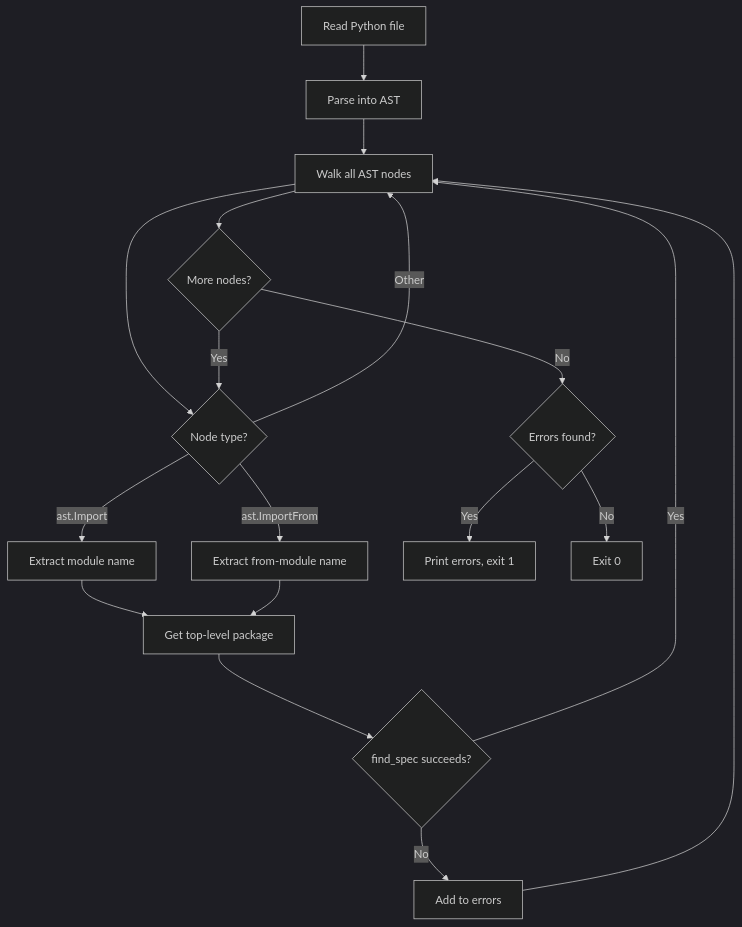
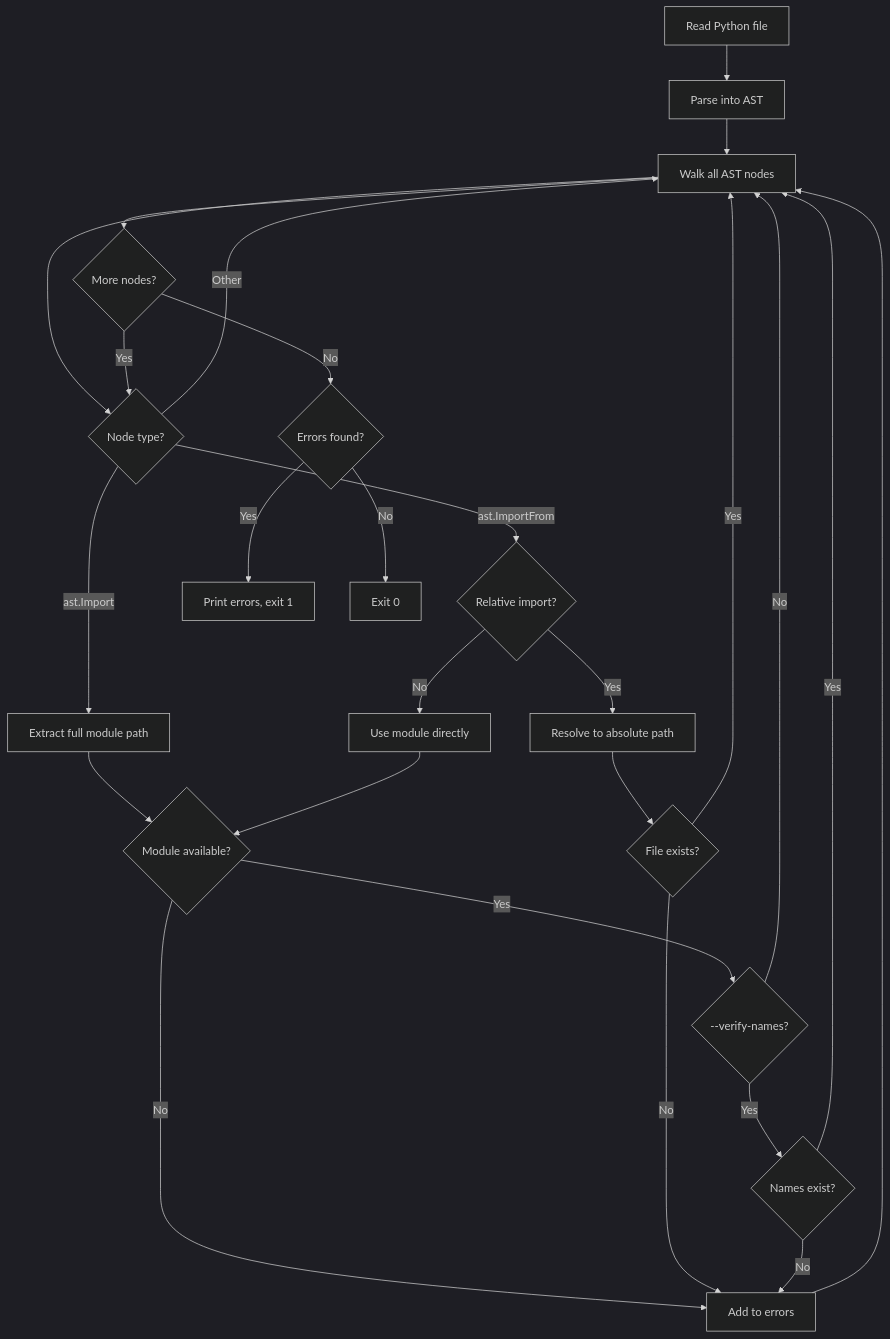
Before and after one commit to Autohive-AI/autohive-integrations-tooling: the diagram in scripts/docs/check_imports.md, drawn with Mermaid (dark theme). The commit also changed other lines of this file and 1 other file, not shown here.

Commit message:
docs: update README and check_imports.md for new features
- Add links to scripts/docs/ in README
- Update flowchart to reflect full module path checking
- Update flowchart to include relative import resolution
- Update flowchart to include --verify-names flow
- Update step-by-step instructions

````diff
--- a/scripts/docs/check_imports.md
+++ b/scripts/docs/check_imports.md
@@ -43,20 +43,28 @@
 ```mermaid
 flowchart TD
     A[Read Python file] --> B[Parse into AST]
     B --> C[Walk all AST nodes]
     C --> D{Node type?}
-    D -->|ast.Import| E[Extract module name]
-    D -->|ast.ImportFrom| F[Extract from-module name]
+    D -->|ast.Import| E[Extract full module path]
+    D -->|ast.ImportFrom| F{Relative import?}
     D -->|Other| C
-    E --> G[Get top-level package]
-    F --> G
-    G --> H{find_spec succeeds?}
-    H -->|Yes| C
-    H -->|No| I[Add to errors]
-    I --> C
-    C --> J{More nodes?}
-    J -->|Yes| D
-    J -->|No| K{Errors found?}
-    K -->|Yes| L[Print errors, exit 1]
-    K -->|No| M[Exit 0]
+    F -->|Yes| G[Resolve to absolute path]
+    F -->|No| H[Use module directly]
+    E --> I{Module available?}
+    G --> J{File exists?}
+    H --> I
+    I -->|No| K[Add to errors]
+    J -->|No| K
+    I -->|Yes| L{--verify-names?}
+    J -->|Yes| C
+    L -->|Yes| M{Names exist?}
+    L -->|No| C
+    M -->|No| K
+    M -->|Yes| C
+    K --> C
+    C --> N{More nodes?}
+    N -->|Yes| D
+    N -->|No| O{Errors found?}
+    O -->|Yes| P[Print errors, exit 1]
+    O -->|No| Q[Exit 0]
 ```
````
